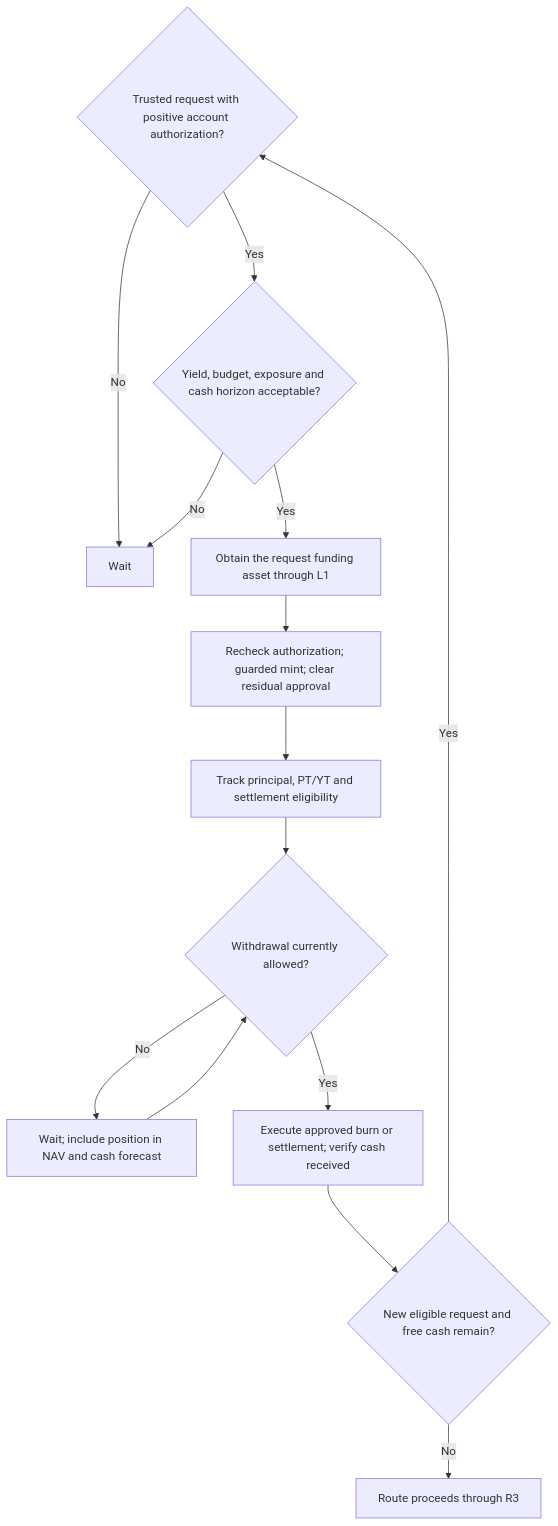
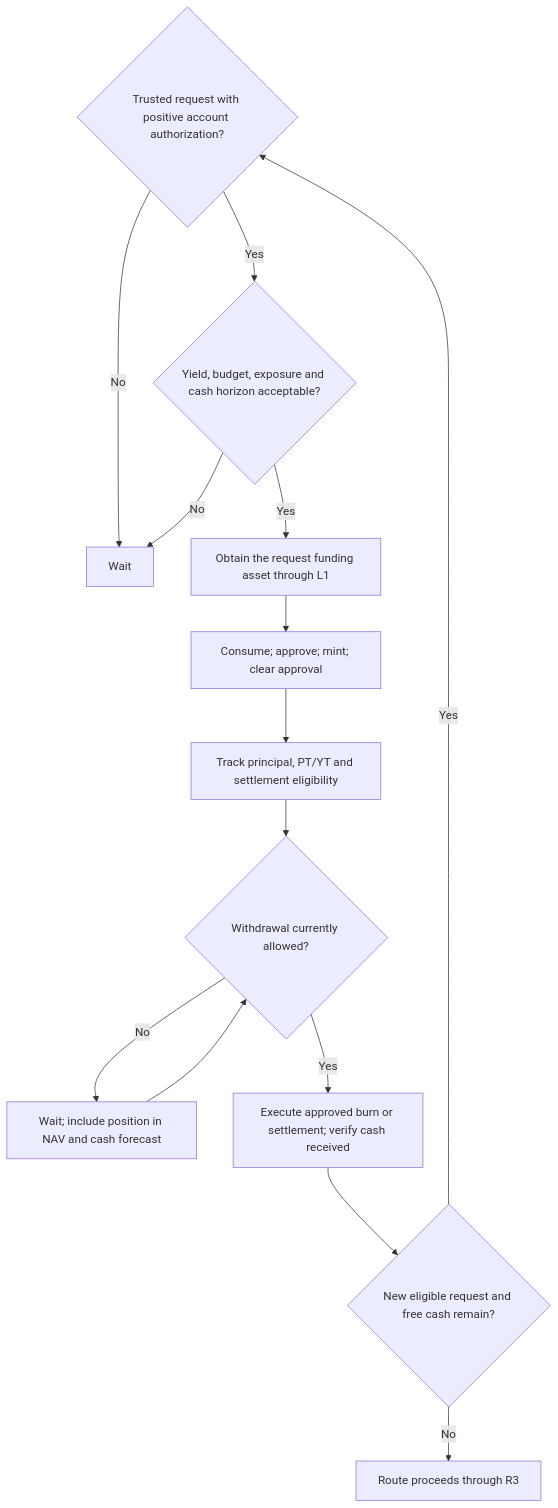
Before and after one commit to symbioticfi/adapters: the eighth of 20 diagrams in docs/MERKLE-AUTOMATION-STRATEGIES.md, drawn with Mermaid. The commit also changed other lines of this file and 27 other files, not shown here.

````diff
--- a/docs/MERKLE-AUTOMATION-STRATEGIES.md
+++ b/docs/MERKLE-AUTOMATION-STRATEGIES.md
@@ -280,16 +280,16 @@
 ```mermaid
 flowchart TD
     A{"Trusted request with positive account authorization?"} -- No --> W["Wait"]
     A -- Yes --> B{"Yield, budget, exposure and cash horizon acceptable?"}
     B -- No --> W
     B -- Yes --> C["Obtain the request funding asset through L1"]
-    C --> D["Recheck authorization; guarded mint; clear residual approval"]
+    C --> D["Consume; approve; mint; clear approval"]
     D --> E["Track principal, PT/YT and settlement eligibility"]
     E --> F{"Withdrawal currently allowed?"}
     F -- No --> G["Wait; include position in NAV and cash forecast"]
     G --> F
     F -- Yes --> H["Execute approved burn or settlement; verify cash received"]
     H --> I{"New eligible request and free cash remain?"}
     I -- Yes --> A
     I -- No --> Z["Route proceeds through R3"]
 ```
````
